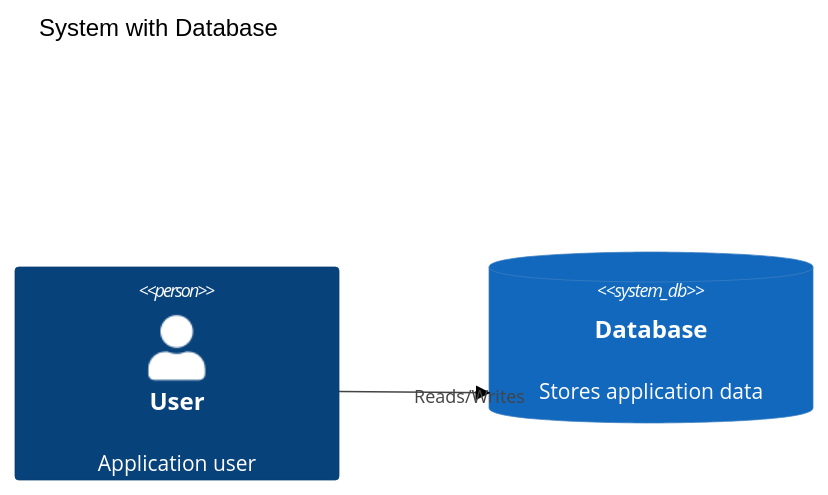
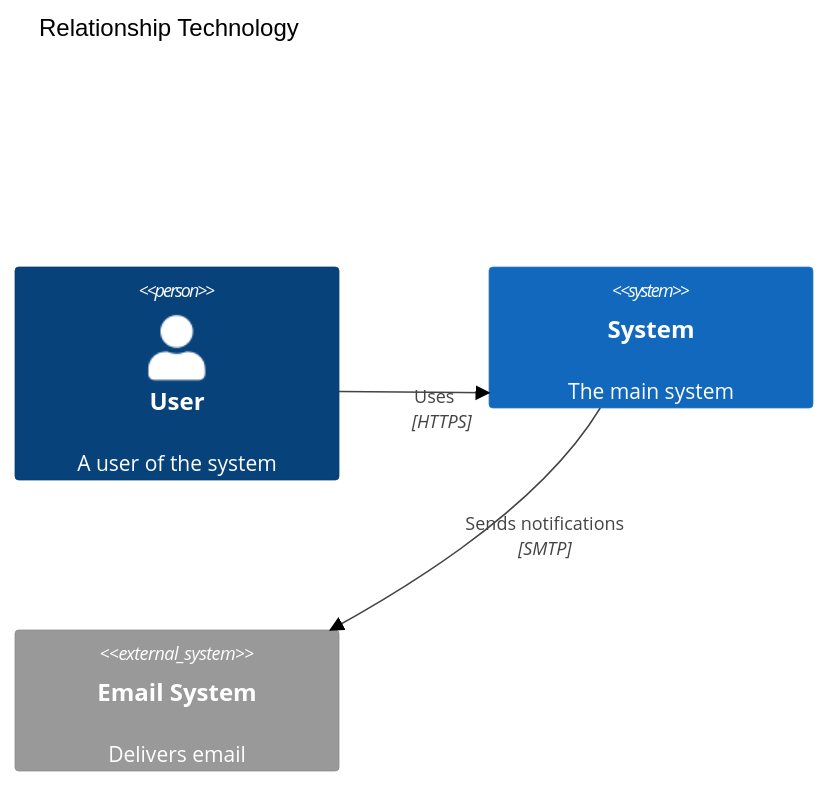
The tenth of 14 diagrams in src/test-renders/C4.md (NaiadDiagrams/Naiad), drawn with Mermaid (forest theme) before and after one commit. The commit also changed other lines of this file and 45 other files, not shown here.

````diff
--- a/src/test-renders/C4.md
+++ b/src/test-renders/C4.md
@@ -263,7 +371,9 @@
 ```mermaid
 C4Context
-    title System with Database
-    Person(user, "User", "Application user")
-    SystemDb(db, "Database", "Stores application data")
-    Rel(user, db, "Reads/Writes")
+    title Relationship Technology
+    Person(user, "User", "A user of the system")
+    System(sys, "System", "The main system")
+    System_Ext(email, "Email System", "Delivers email")
+    Rel(user, sys, "Uses", "HTTPS")
+    Rel(sys, email, "Sends notifications", "SMTP")
 ```
````
